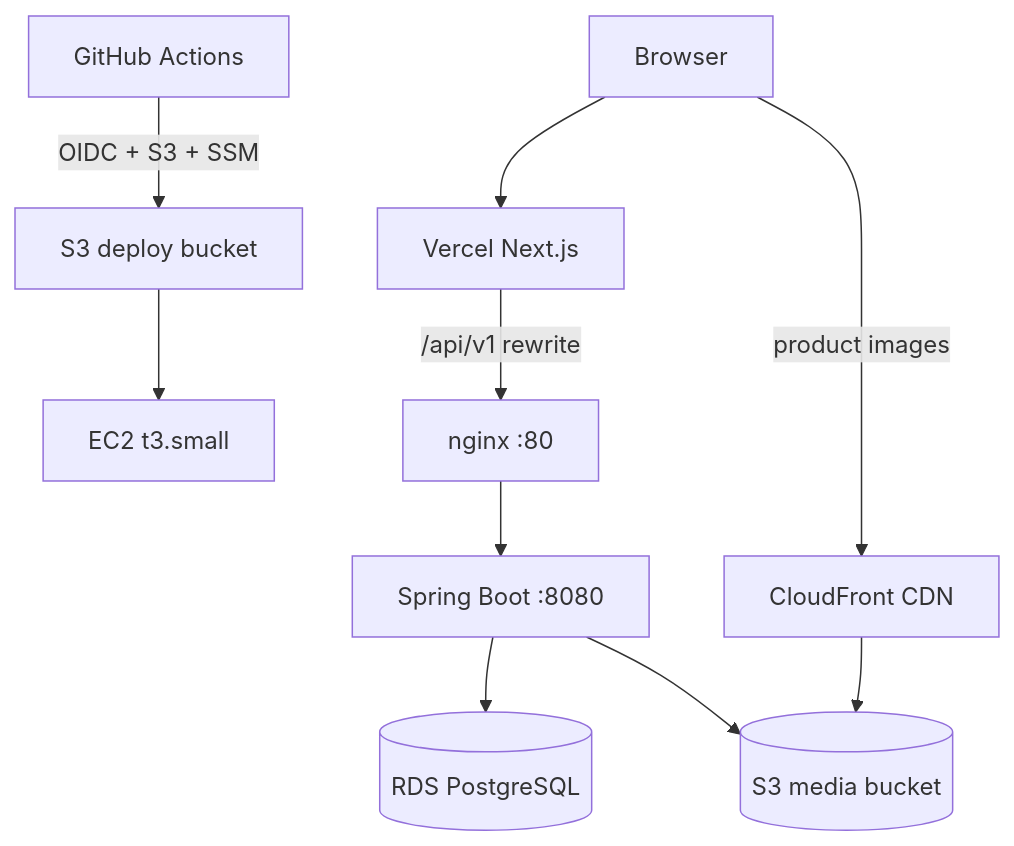
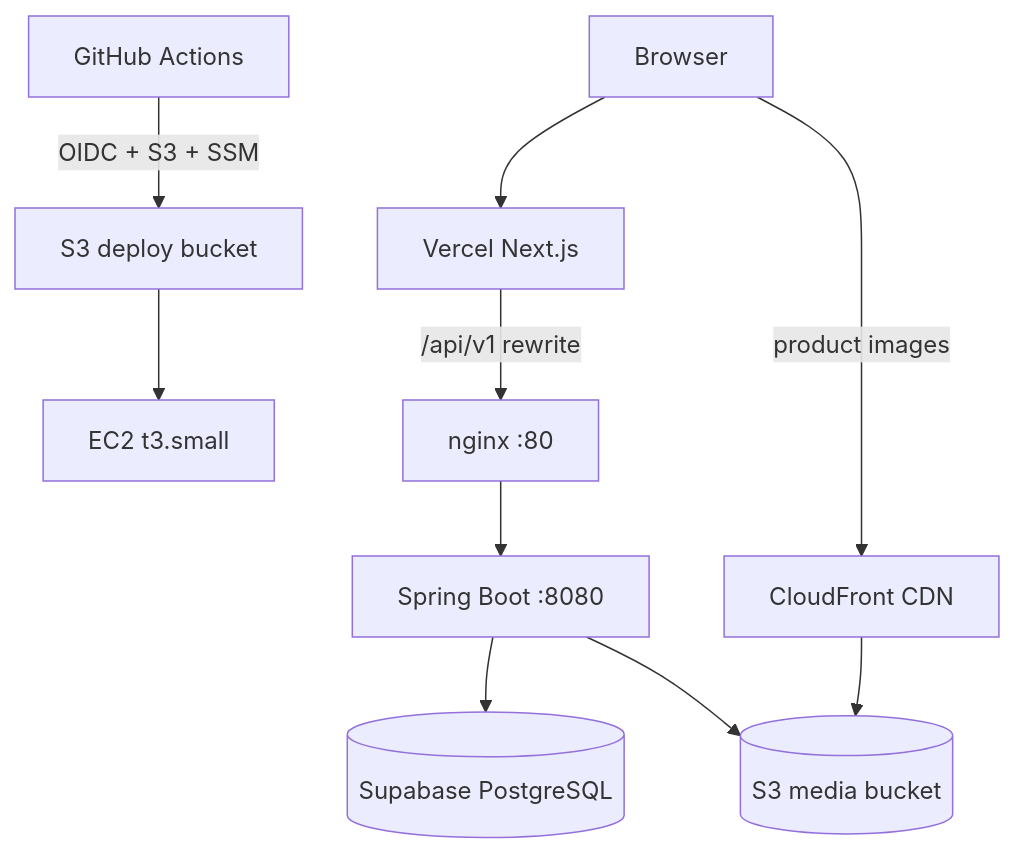
One commit to gvsharma/gamyaboutique changed the diagram in README.md. Above: the diagram before and after it, drawn with Mermaid. The commit also changed other lines of this file and 23 other files, not shown here.

Commit message:
Migrate Gamya Couture database path from Aurora/RDS to Supabase.

````diff
--- a/README.md
+++ b/README.md
@@ -19,23 +19,23 @@
 ```mermaid
 flowchart TB
   User[Browser]
   Vercel[Vercel Next.js]
   EC2[EC2 t3.small]
   NGINX[nginx :80]
   Spring[Spring Boot :8080]
-  RDS[(RDS PostgreSQL)]
+  Supa[(Supabase PostgreSQL)]
   S3[(S3 media bucket)]
   CF[CloudFront CDN]
   GHA[GitHub Actions]
   S3Deploy[S3 deploy bucket]
 
   User --> Vercel
   Vercel -->|"/api/v1 rewrite"| NGINX
   GHA -->|OIDC + S3 + SSM| S3Deploy
   S3Deploy --> EC2
   NGINX --> Spring
-  Spring --> RDS
+  Spring --> Supa
   Spring --> S3
   User -->|product images| CF
   CF --> S3
 ```
````
